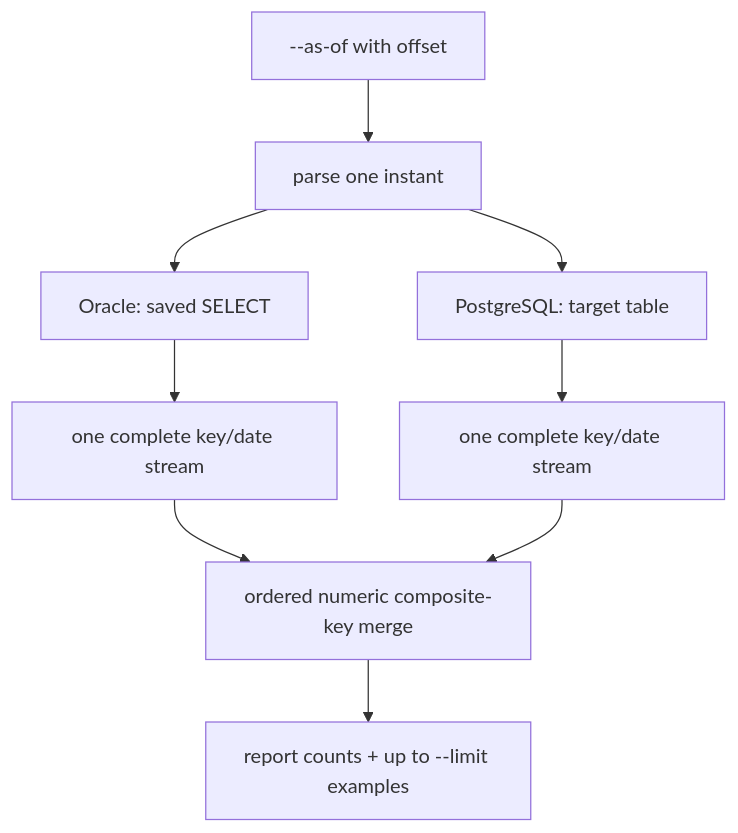
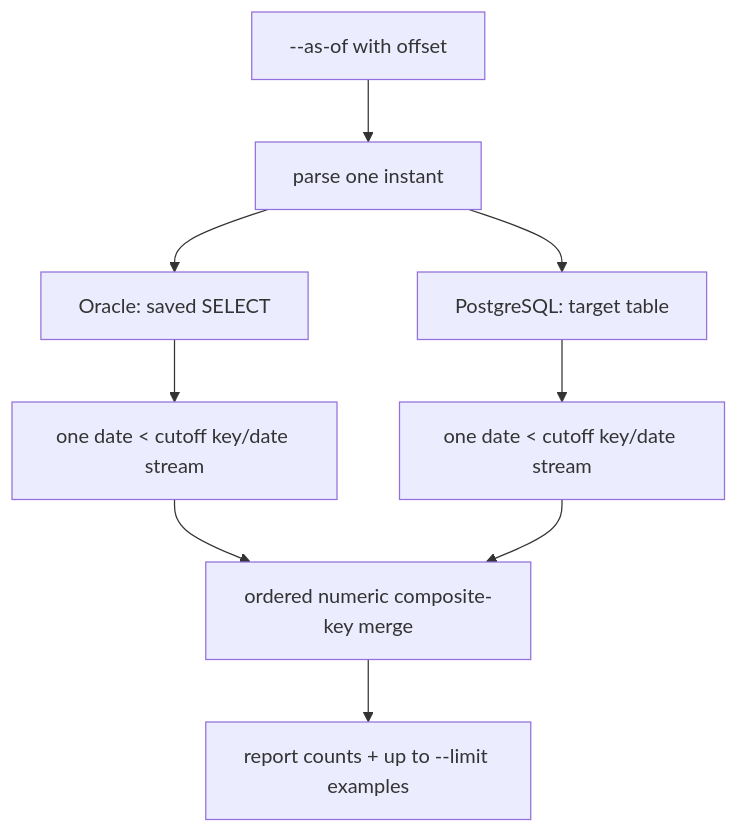
The fourth of 6 diagrams in KN_deltas_reason/Ideas_and_architecture.md (MatevzVidovic/on_the_fly), drawn with Mermaid before and after one commit. The commit also changed other lines of this file and 7 other files, not shown here.

````diff
--- a/KN_deltas_reason/Ideas_and_architecture.md
+++ b/KN_deltas_reason/Ideas_and_architecture.md
@@ -113,11 +117,11 @@
 ```mermaid
 flowchart TD
   A[--as-of with offset] --> B[parse one instant]
   B --> C[Oracle: saved SELECT]
   B --> D[PostgreSQL: target table]
-  C --> E[one complete key/date stream]
-  D --> F[one complete key/date stream]
+  C --> E[one date < cutoff key/date stream]
+  D --> F[one date < cutoff key/date stream]
   E --> G[ordered numeric composite-key merge]
   F --> G
   G --> H[report counts + up to --limit examples]
 ```
````
